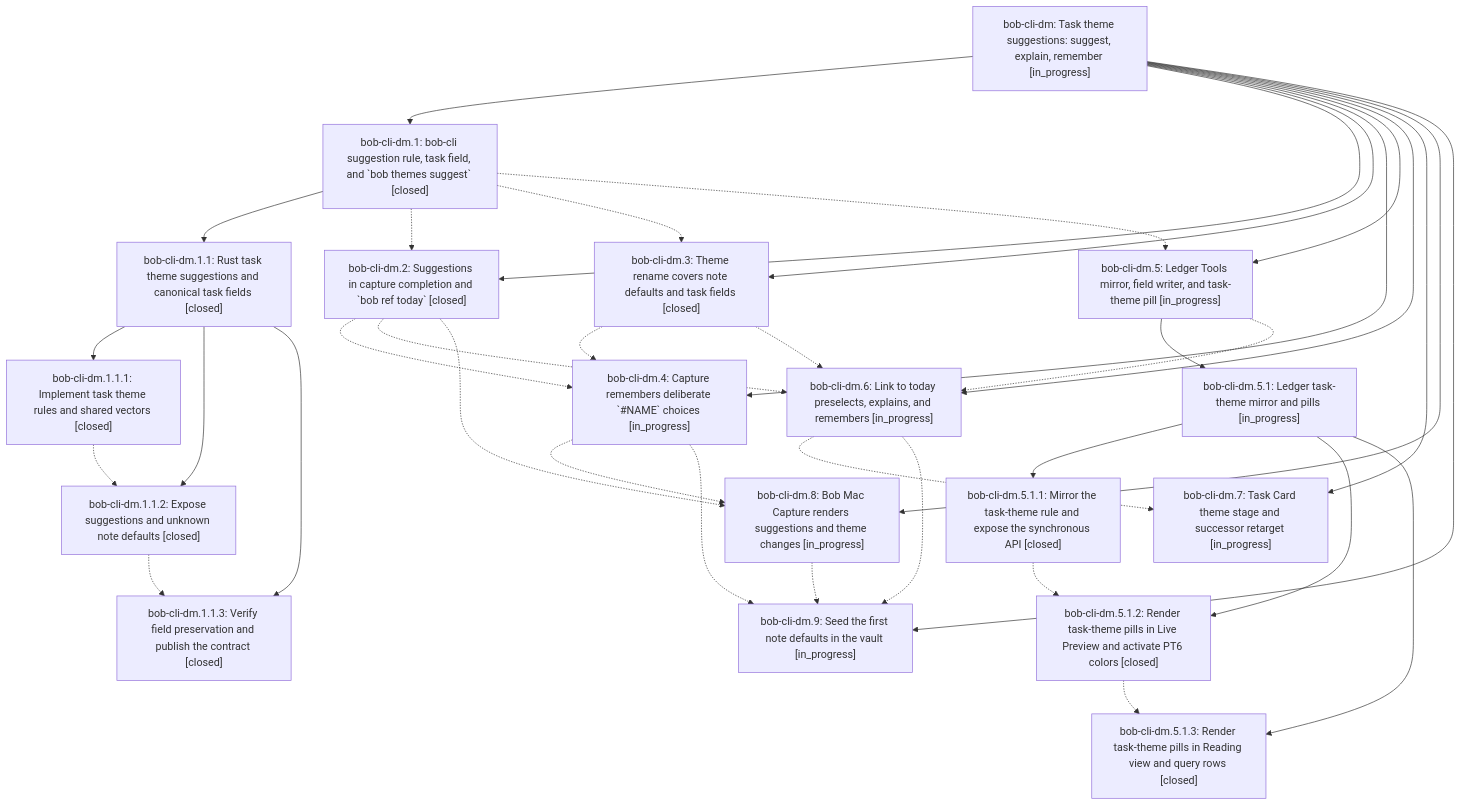
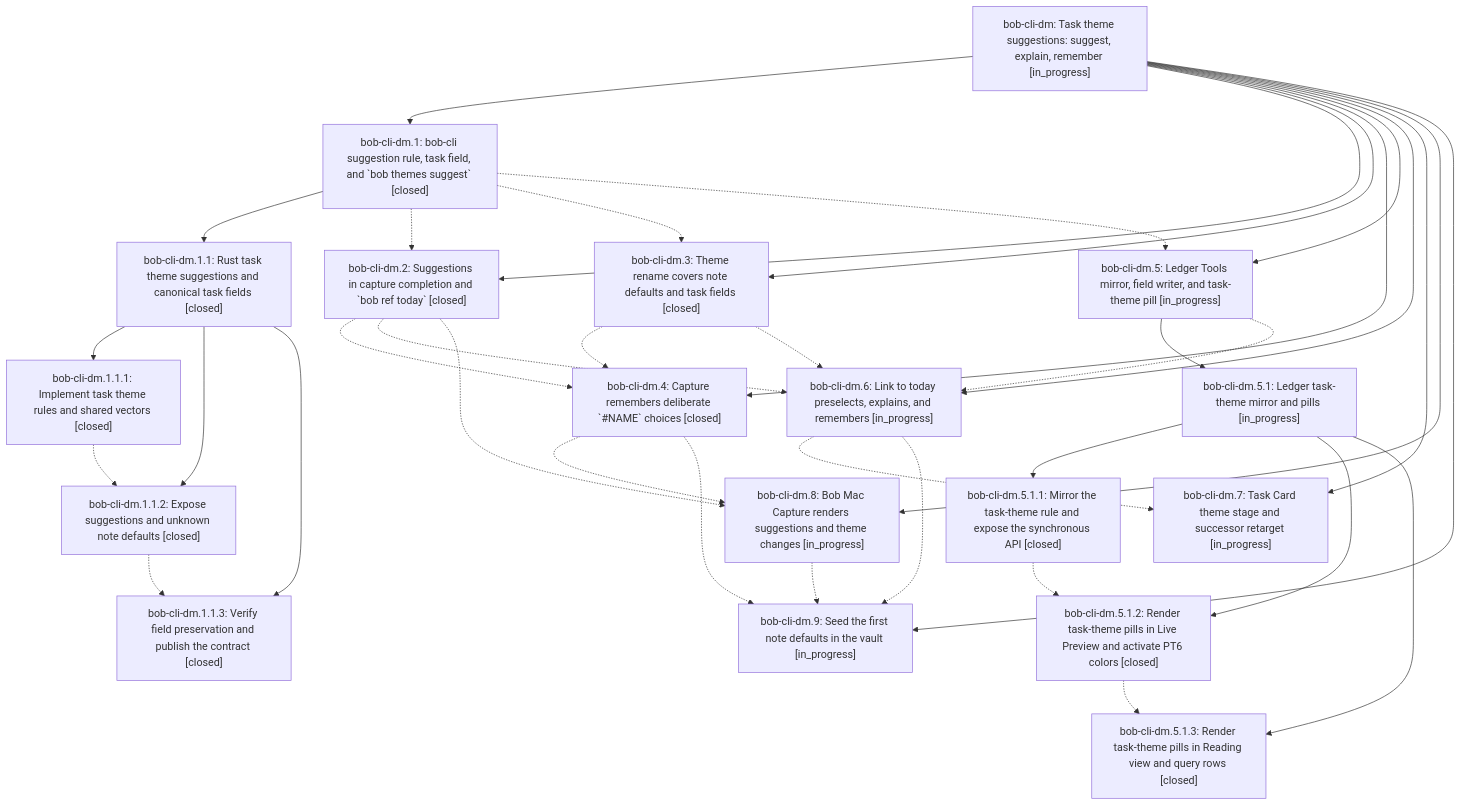
Before and after one commit to bobs-org/bob-cli--beads: the diagram in pages/bob-cli-dm/README.md, drawn with Mermaid. The commit also changed other lines of this file and 10 other files, not shown here.

First line of the commit message:
chore(beads): sync bead state and pages for bob-cli-dm

````diff
--- a/pages/bob-cli-dm/README.md
+++ b/pages/bob-cli-dm/README.md
@@ -44,56 +44,56 @@
 ```mermaid
 flowchart TD
     n0["bob-cli-dm: Task theme suggestions: suggest, explain, remember [in_progress]"]
     n1["bob-cli-dm.1: bob-cli suggestion rule, task field, and `bob themes suggest` [closed]"]
     n2["bob-cli-dm.1.1: Rust task theme suggestions and canonical task fields [closed]"]
     n3["bob-cli-dm.1.1.1: Implement task theme rules and shared vectors [closed]"]
     n4["bob-cli-dm.1.1.2: Expose suggestions and unknown note defaults [closed]"]
     n5["bob-cli-dm.1.1.3: Verify field preservation and publish the contract [closed]"]
     n6["bob-cli-dm.2: Suggestions in capture completion and `bob ref today` [closed]"]
     n7["bob-cli-dm.3: Theme rename covers note defaults and task fields [closed]"]
-    n8["bob-cli-dm.4: Capture remembers deliberate `#NAME` choices [in_progress]"]
+    n8["bob-cli-dm.4: Capture remembers deliberate `#NAME` choices [closed]"]
     n9["bob-cli-dm.5: Ledger Tools mirror, field writer, and task-theme pill [in_progress]"]
     n10["bob-cli-dm.5.1: Ledger task-theme mirror and pills [in_progress]"]
     n11["bob-cli-dm.5.1.1: Mirror the task-theme rule and expose the synchronous API [closed]"]
     n12["bob-cli-dm.5.1.2: Render task-theme pills in Live Preview and activate PT6 colors [closed]"]
     n13["bob-cli-dm.5.1.3: Render task-theme pills in Reading view and query rows [closed]"]
     n14["bob-cli-dm.6: Link to today preselects, explains, and remembers [in_progress]"]
     n15["bob-cli-dm.7: Task Card theme stage and successor retarget [in_progress]"]
     n16["bob-cli-dm.8: Bob Mac Capture renders suggestions and theme changes [in_progress]"]
     n17["bob-cli-dm.9: Seed the first note defaults in the vault [in_progress]"]
     n0 --> n1
     n1 --> n2
     n2 --> n3
     n2 --> n4
     n2 --> n5
     n0 --> n6
     n0 --> n7
     n0 --> n8
     n0 --> n9
     n9 --> n10
     n10 --> n11
     n10 --> n12
     n10 --> n13
     n0 --> n14
     n0 --> n15
     n0 --> n16
     n0 --> n17
     n1 -.-> n6
     n1 -.-> n7
     n1 -.-> n9
     n3 -.-> n4
     n4 -.-> n5
     n6 -.-> n8
     n6 -.-> n14
     n6 -.-> n16
     n7 -.-> n8
     n7 -.-> n14
     n8 -.-> n16
     n8 -.-> n17
     n9 -.-> n14
     n11 -.-> n12
     n12 -.-> n13
     n14 -.-> n15
     n14 -.-> n17
     n16 -.-> n17
 ```
````
